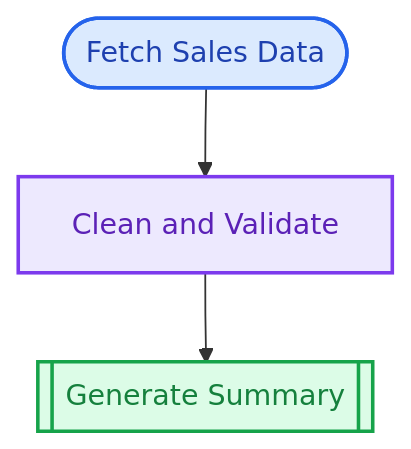
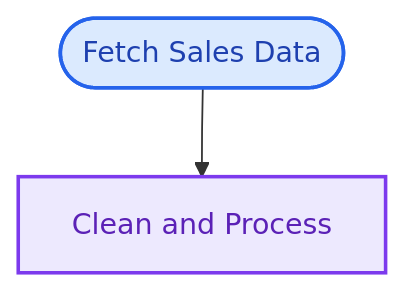
One commit to pjt222/putior changed the second of 3 diagrams in index.md. Above: the diagram before and after it, drawn with Mermaid. The commit also changed other lines of this file and 130 other files, not shown here.

````diff
--- a/index.md
+++ b/index.md
@@ -126,16 +126,14 @@
 ``` mermaid
 flowchart TD
-    fetch([Fetch Sales Data])
-    clean[Clean and Validate]
-    report[[Generate Summary]]
+    fetch_sales(["Fetch Sales Data"])
+    clean_data["Clean and Process"]
 
-    fetch --> clean
-    clean --> report
+    %% Connections
+    fetch_sales --> clean_data
 
+    %% Styling
     classDef inputStyle fill:#dbeafe,stroke:#2563eb,stroke-width:2px,color:#1e40af
-    class fetch inputStyle
+    class fetch_sales inputStyle
     classDef processStyle fill:#ede9fe,stroke:#7c3aed,stroke-width:2px,color:#5b21b6
-    class clean processStyle
-    classDef outputStyle fill:#dcfce7,stroke:#16a34a,stroke-width:2px,color:#15803d
-    class report outputStyle
+    class clean_data processStyle
 ```
````
